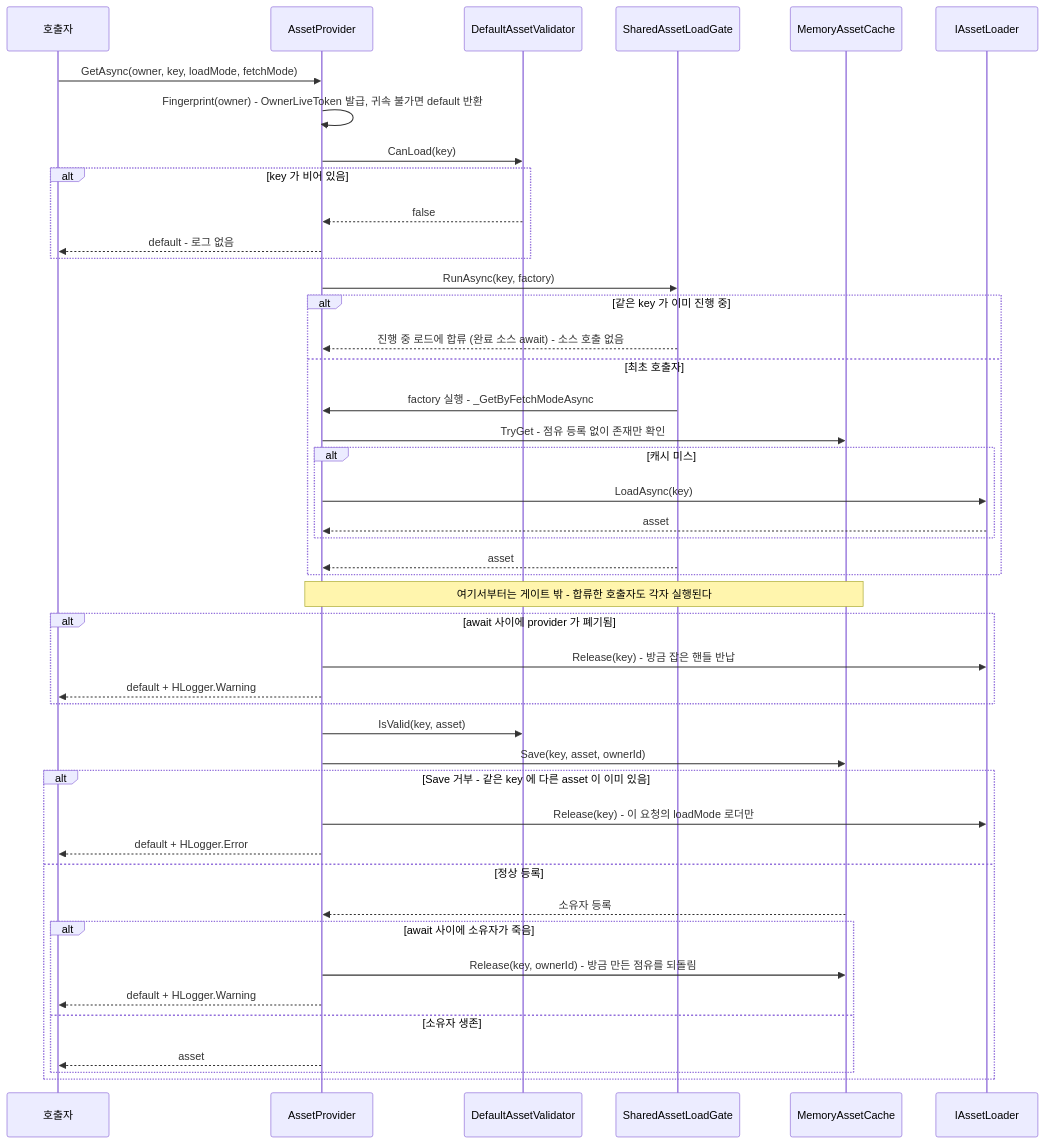
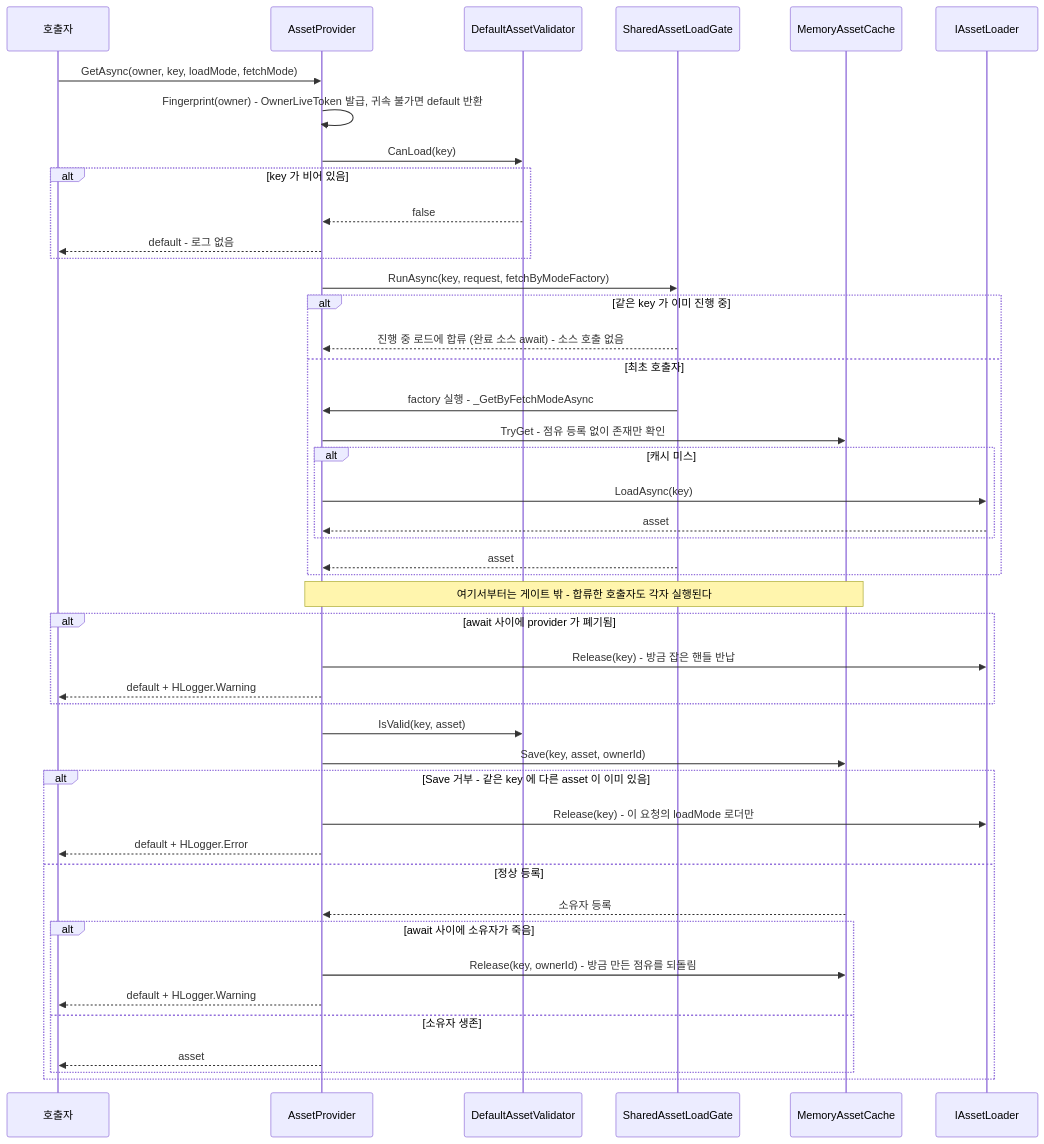
Before and after one commit to HoHong123/HCUP-Unity: the second of 3 diagrams in HResource/Runtime/README.md, drawn with Mermaid. The commit also changed other lines of this file, not shown here.

Commit message:
[Docs] 📝 23.09.26 Update the gate call in the runtime README flow and line references

````diff
--- a/HResource/Runtime/README.md
+++ b/HResource/Runtime/README.md
@@ -146,48 +146,48 @@
 ```mermaid
 sequenceDiagram
     participant C as 호출자
     participant P as AssetProvider
     participant V as DefaultAssetValidator
     participant G as SharedAssetLoadGate
     participant M as MemoryAssetCache
     participant L as IAssetLoader
 
     C->>P: GetAsync(owner, key, loadMode, fetchMode)
     P->>P: Fingerprint(owner) - OwnerLiveToken 발급, 귀속 불가면 default 반환
     P->>V: CanLoad(key)
     alt key 가 비어 있음
         V-->>P: false
         P-->>C: default - 로그 없음
     end
-    P->>G: RunAsync(key, factory)
+    P->>G: RunAsync(key, request, fetchByModeFactory)
     alt 같은 key 가 이미 진행 중
         G-->>P: 진행 중 로드에 합류 (완료 소스 await) - 소스 호출 없음
     else 최초 호출자
         G->>P: factory 실행 - _GetByFetchModeAsync
         P->>M: TryGet - 점유 등록 없이 존재만 확인
         alt 캐시 미스
             P->>L: LoadAsync(key)
             L-->>P: asset
         end
         G-->>P: asset
     end
     Note over P,M: 여기서부터는 게이트 밖 - 합류한 호출자도 각자 실행된다
     alt await 사이에 provider 가 폐기됨
         P->>L: Release(key) - 방금 잡은 핸들 반납
         P-->>C: default + HLogger.Warning
     end
     P->>V: IsValid(key, asset)
     P->>M: Save(key, asset, ownerId)
     alt Save 거부 - 같은 key 에 다른 asset 이 이미 있음
         P->>L: Release(key) - 이 요청의 loadMode 로더만
         P-->>C: default + HLogger.Error
     else 정상 등록
         M-->>P: 소유자 등록
         alt await 사이에 소유자가 죽음
             P->>M: Release(key, ownerId) - 방금 만든 점유를 되돌림
             P-->>C: default + HLogger.Warning
         else 소유자 생존
             P-->>C: asset
         end
     end
 ```
````
